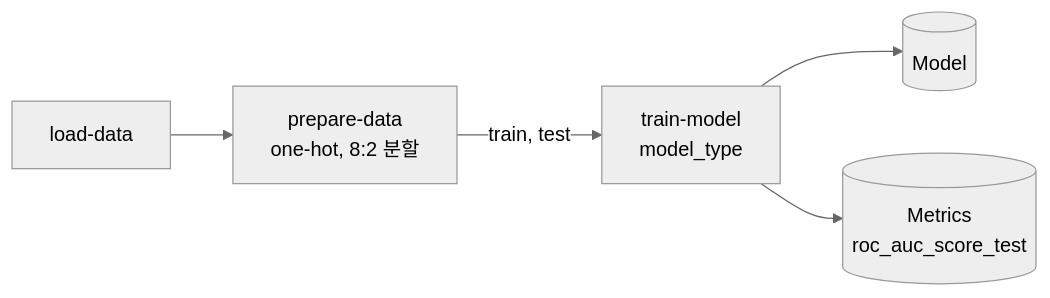
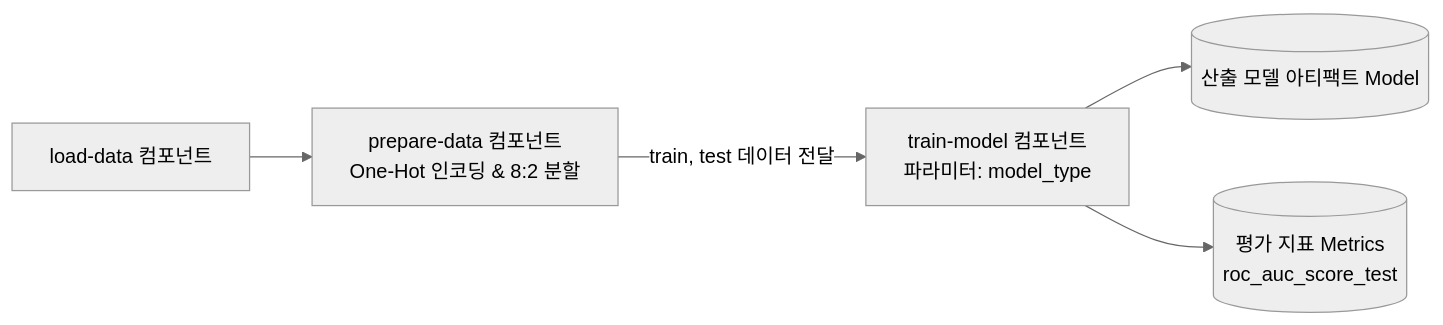
One commit to choisungwook/portfolio changed the second of 2 diagrams in mlops/ml-platform-engineering-part2/docs/10-lab1-experiment-lineage.md. Above: the diagram before and after it, drawn with Mermaid (neutral theme). The commit also changed other lines of this file and 16 other files, not shown here.

````diff
--- a/mlops/ml-platform-engineering-part2/docs/10-lab1-experiment-lineage.md
+++ b/mlops/ml-platform-engineering-part2/docs/10-lab1-experiment-lineage.md
@@ -78,7 +99,7 @@
 ```mermaid
 flowchart LR
-  LD[load-data] --> PD[prepare-data<br/>one-hot, 8:2 분할]
-  PD -->|train, test| TM[train-model<br/>model_type]
-  TM --> M[(Model)]
-  TM --> MT[(Metrics<br/>roc_auc_score_test)]
+  LD[load-data 컴포넌트] --> PD[prepare-data 컴포넌트<br/>One-Hot 인코딩 & 8:2 분할]
+  PD -->|train, test 데이터 전달| TM[train-model 컴포넌트<br/>파라미터: model_type]
+  TM --> M[(산출 모델 아티팩트 Model)]
+  TM --> MT[(평가 지표 Metrics<br/>roc_auc_score_test)]
 ```
````
